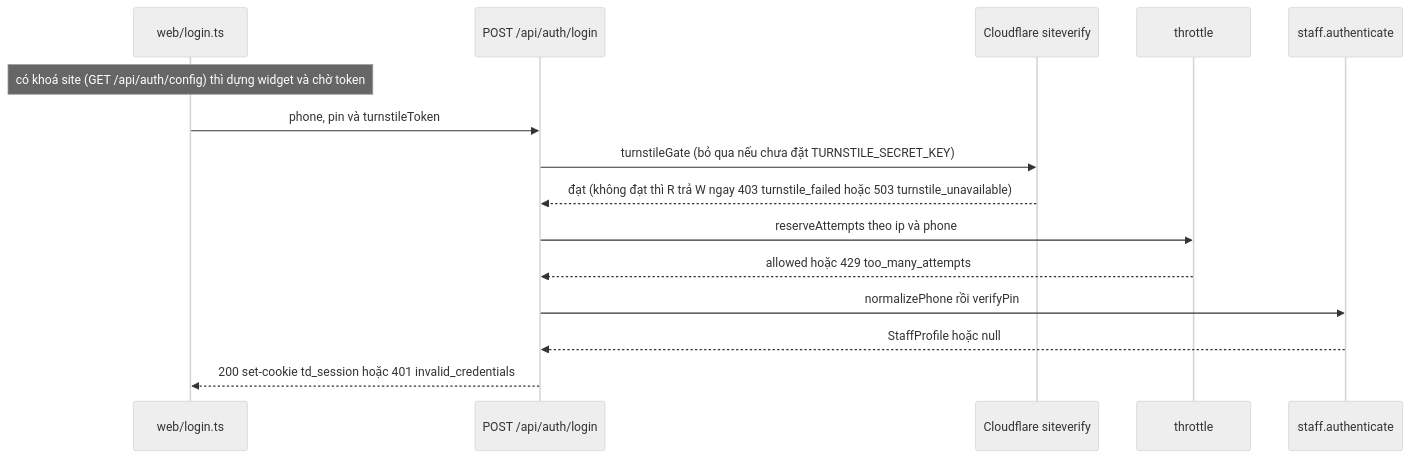
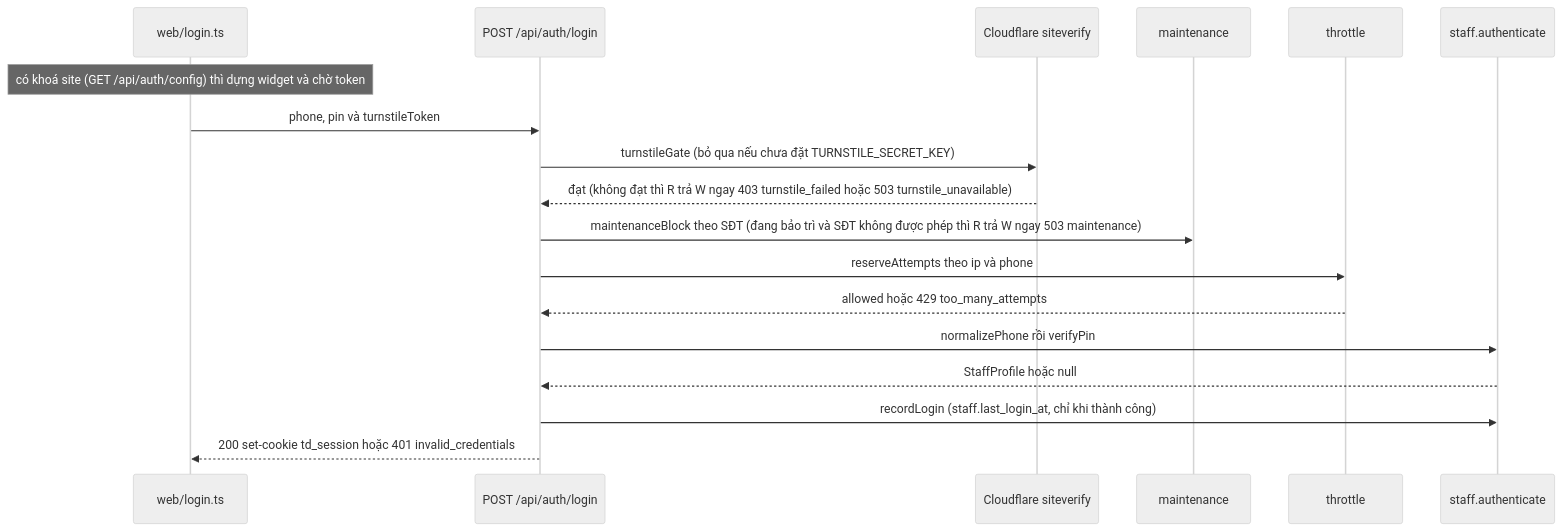
Before and after one commit to luutuanvu1010/tourdaobooking: the fourth of 4 diagrams in docs/SYSTEM-DESIGN.md, drawn with Mermaid (neutral theme). The commit also changed other lines of this file and 5 other files, not shown here.

````diff
--- a/docs/SYSTEM-DESIGN.md
+++ b/docs/SYSTEM-DESIGN.md
@@ -256,17 +263,20 @@
 ```mermaid
 sequenceDiagram
   participant W as web/login.ts
   participant R as POST /api/auth/login
   participant C as Cloudflare siteverify
+  participant M as maintenance
   participant T as throttle
   participant S as staff.authenticate
   Note over W: có khoá site (GET /api/auth/config) thì dựng widget và chờ token
   W->>R: phone, pin và turnstileToken
   R->>C: turnstileGate (bỏ qua nếu chưa đặt TURNSTILE_SECRET_KEY)
   C-->>R: đạt (không đạt thì R trả W ngay 403 turnstile_failed hoặc 503 turnstile_unavailable)
+  R->>M: maintenanceBlock theo SĐT (đang bảo trì và SĐT không được phép thì R trả W ngay 503 maintenance)
   R->>T: reserveAttempts theo ip và phone
   T-->>R: allowed hoặc 429 too_many_attempts
   R->>S: normalizePhone rồi verifyPin
   S-->>R: StaffProfile hoặc null
+  R->>S: recordLogin (staff.last_login_at, chỉ khi thành công)
   R-->>W: 200 set-cookie td_session hoặc 401 invalid_credentials
 ```
````
